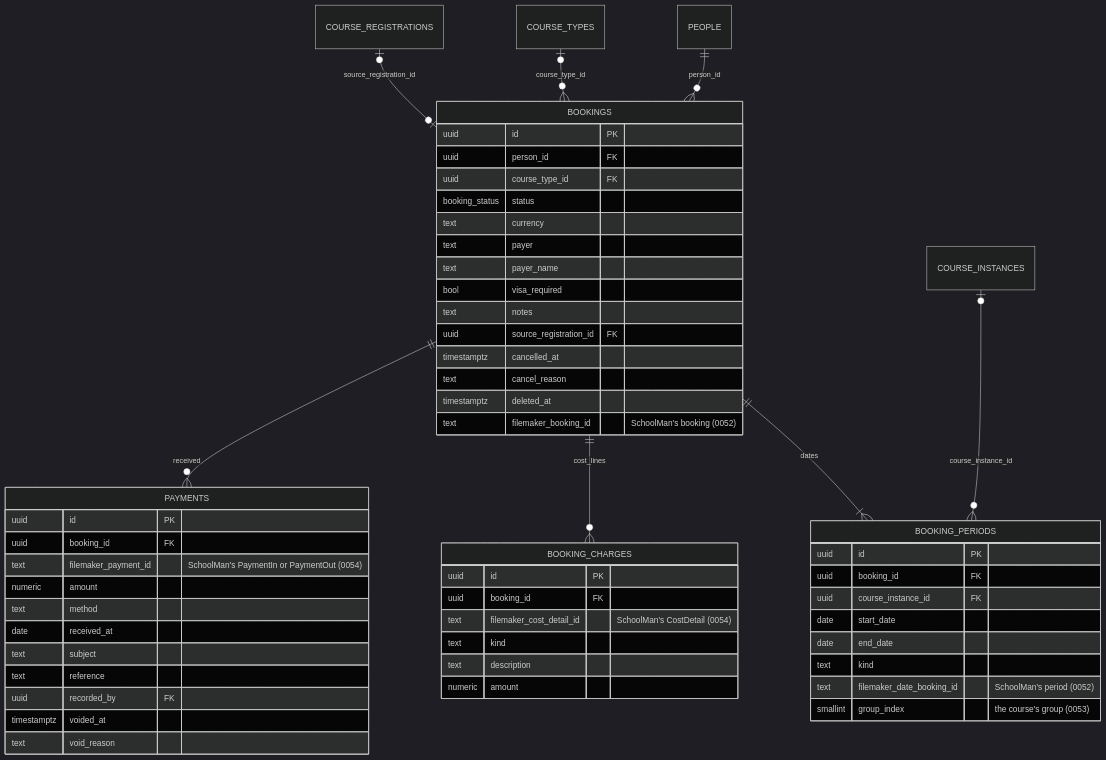
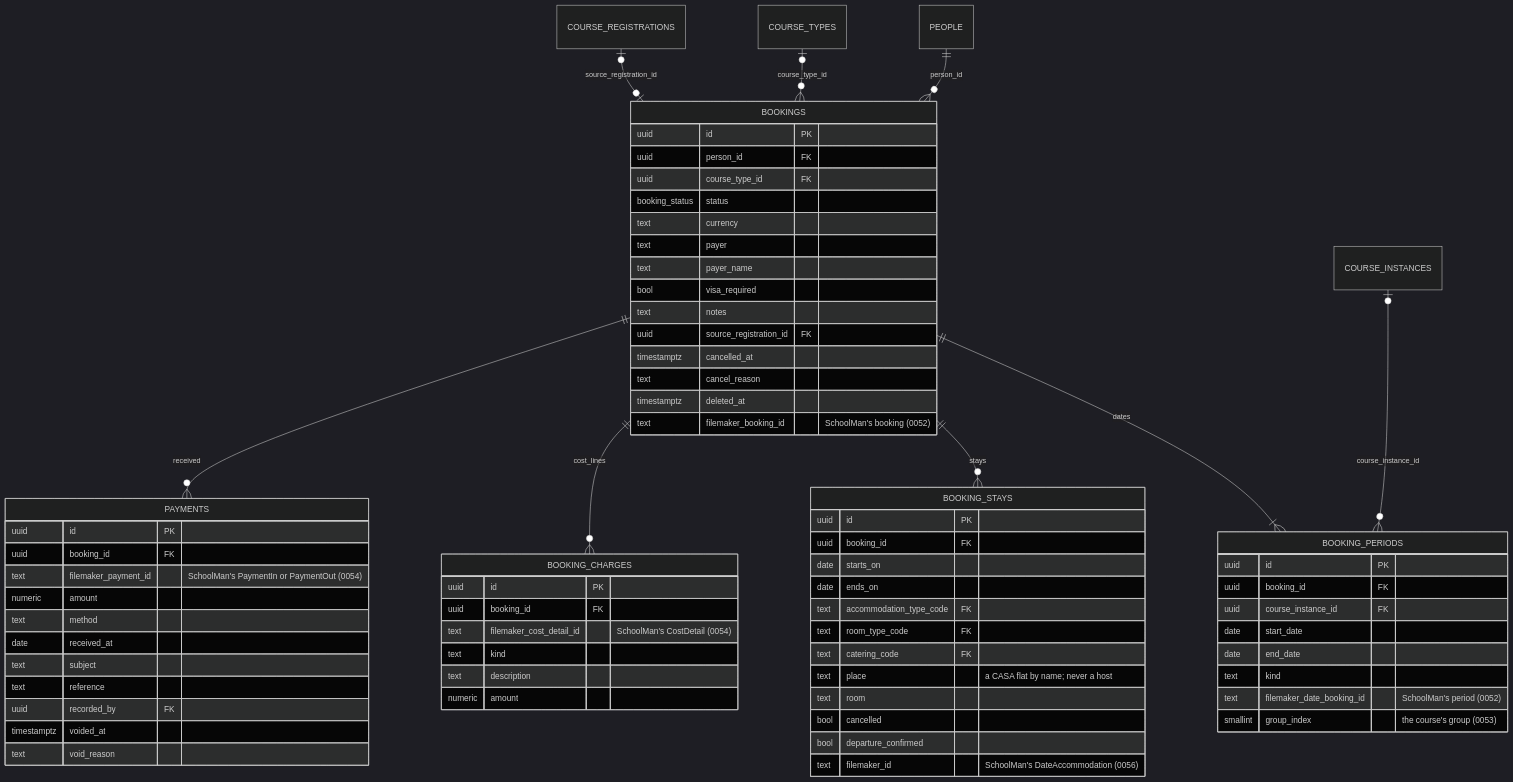
The fourth of 7 diagrams in docs/ERD.md (CASA-School/casa-website), drawn with Mermaid (dark theme) before and after one commit. The commit also changed 8 other files, not shown here.

First line of the commit message:
feat(admin): the sample's exam bookings and stays from SchoolMan

````diff
--- a/docs/ERD.md
+++ b/docs/ERD.md
@@ -324,61 +324,77 @@
 ```mermaid
 erDiagram
   PEOPLE ||--o{ BOOKINGS : person_id
   COURSE_TYPES o|--o{ BOOKINGS : course_type_id
   COURSE_REGISTRATIONS o|--o| BOOKINGS : source_registration_id
   BOOKINGS ||--|{ BOOKING_PERIODS : dates
+  BOOKINGS ||--o{ BOOKING_STAYS : stays
   COURSE_INSTANCES o|--o{ BOOKING_PERIODS : course_instance_id
   BOOKINGS ||--o{ BOOKING_CHARGES : cost_lines
   BOOKINGS ||--o{ PAYMENTS : received
 
   BOOKINGS {
     uuid id PK
     uuid person_id FK
     uuid course_type_id FK
     booking_status status
     text currency
     text payer
     text payer_name
     bool visa_required
     text notes
     uuid source_registration_id FK
     timestamptz cancelled_at
     text cancel_reason
     timestamptz deleted_at
     text filemaker_booking_id "SchoolMan's booking (0052)"
   }
 
   BOOKING_PERIODS {
     uuid id PK
     uuid booking_id FK
     uuid course_instance_id FK
     date start_date
     date end_date
     text kind
     text filemaker_date_booking_id "SchoolMan's period (0052)"
     smallint group_index "the course's group (0053)"
   }
 
+  BOOKING_STAYS {
+    uuid id PK
+    uuid booking_id FK
+    date starts_on
+    date ends_on
+    text accommodation_type_code FK
+    text room_type_code FK
+    text catering_code FK
+    text place "a CASA flat by name; never a host"
+    text room
+    bool cancelled
+    bool departure_confirmed
+    text filemaker_id "SchoolMan's DateAccommodation (0056)"
+  }
+
   BOOKING_CHARGES {
     uuid id PK
     uuid booking_id FK
     text filemaker_cost_detail_id "SchoolMan's CostDetail (0054)"
     text kind
     text description
     numeric amount
   }
 
   PAYMENTS {
     uuid id PK
     uuid booking_id FK
     text filemaker_payment_id "SchoolMan's PaymentIn or PaymentOut (0054)"
     numeric amount
     text method
     date received_at
     text subject
     text reference
     uuid recorded_by FK
     timestamptz voided_at
     text void_reason
   }
 ```
````
